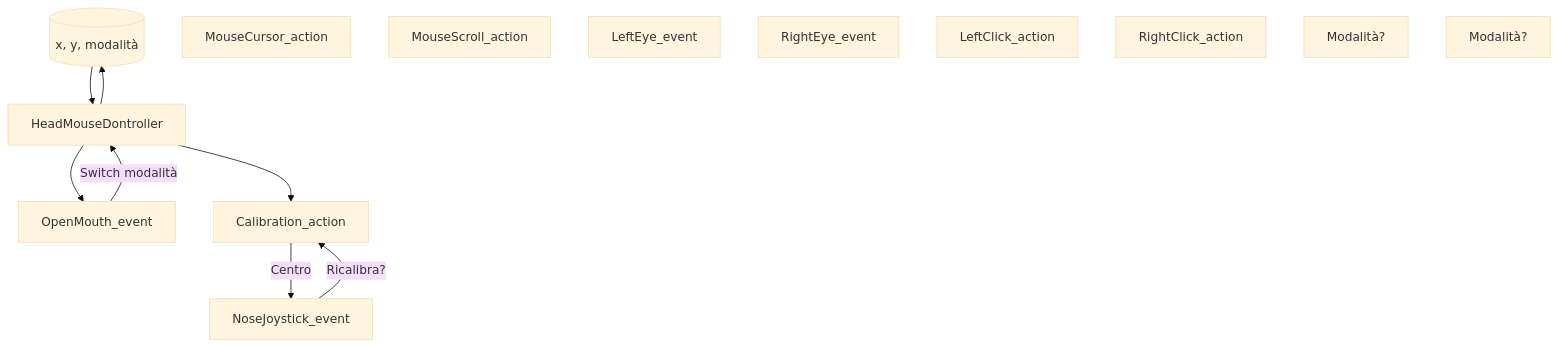
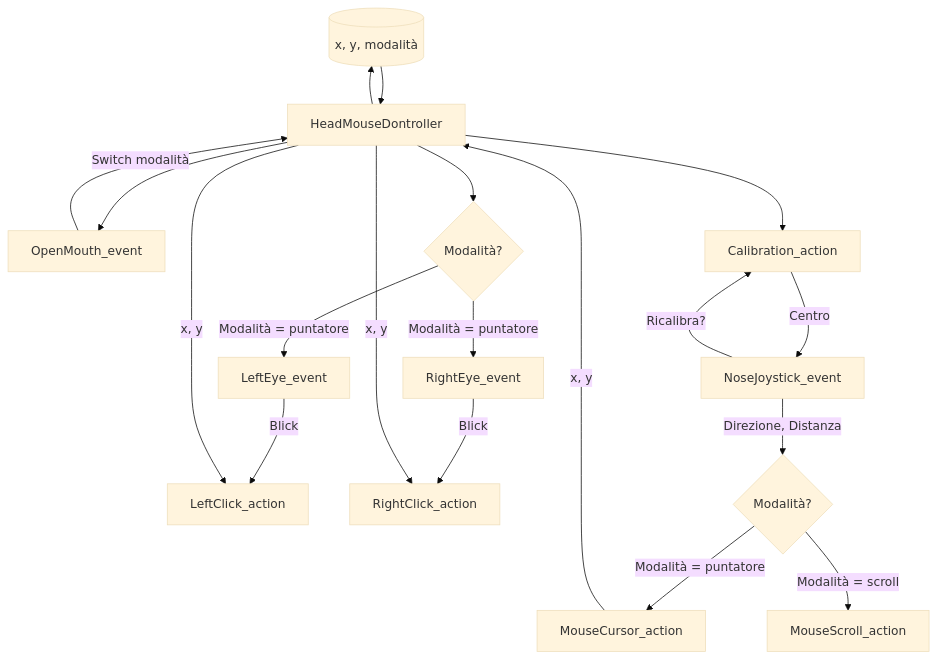
The diagram in src/mouse_facciale/v2/test_mermaid4.md (campionl/dl), drawn with Mermaid (base theme) before and after one commit.

Commit message:
fine schema mermaid

````diff
--- a/src/mouse_facciale/v2/test_mermaid4.md
+++ b/src/mouse_facciale/v2/test_mermaid4.md
@@ -1,25 +1,35 @@
 ```mermaid
 flowchart TD
     db[(x, y, modalità)]
     hmc[HeadMouseDontroller]
     ome[OpenMouth_event]
     ca[Calibration_action]
     nje[NoseJoystick_event]
     mca[MouseCursor_action]
     msa[MouseScroll_action]
     lee[LeftEye_event]
     ree[RightEye_event]
     lca[LeftClick_action]
     rca[RightClick_action]
-    mode1[Modalità?]
-    mode2[Modalità?]
+    mode1{Modalità?}
+    mode2{Modalità?}
 
     hmc --> db
     db --> hmc
     hmc --> ca
     ca -->|"Centro"|nje
     nje -->|"Ricalibra?"|ca
     hmc --> ome 
     ome -->|"Switch modalità"|hmc
-    
+    nje -->|"Direzione, Distanza"|mode1
+    mode1 -->|"Modalità = puntatore"|mca
+    mode1 -->|"Modalità = scroll"|msa
+    mca -->|"x, y"|hmc
+    hmc --> mode2
+    mode2 -->|"Modalità = puntatore"|lee
+    mode2 -->|"Modalità = puntatore"|ree
+    lee -->|"Blick"|lca
+    ree -->|"Blick"|rca
+    hmc -->|"x, y"|lca
+    hmc -->|"x, y"|rca
 ```
````
